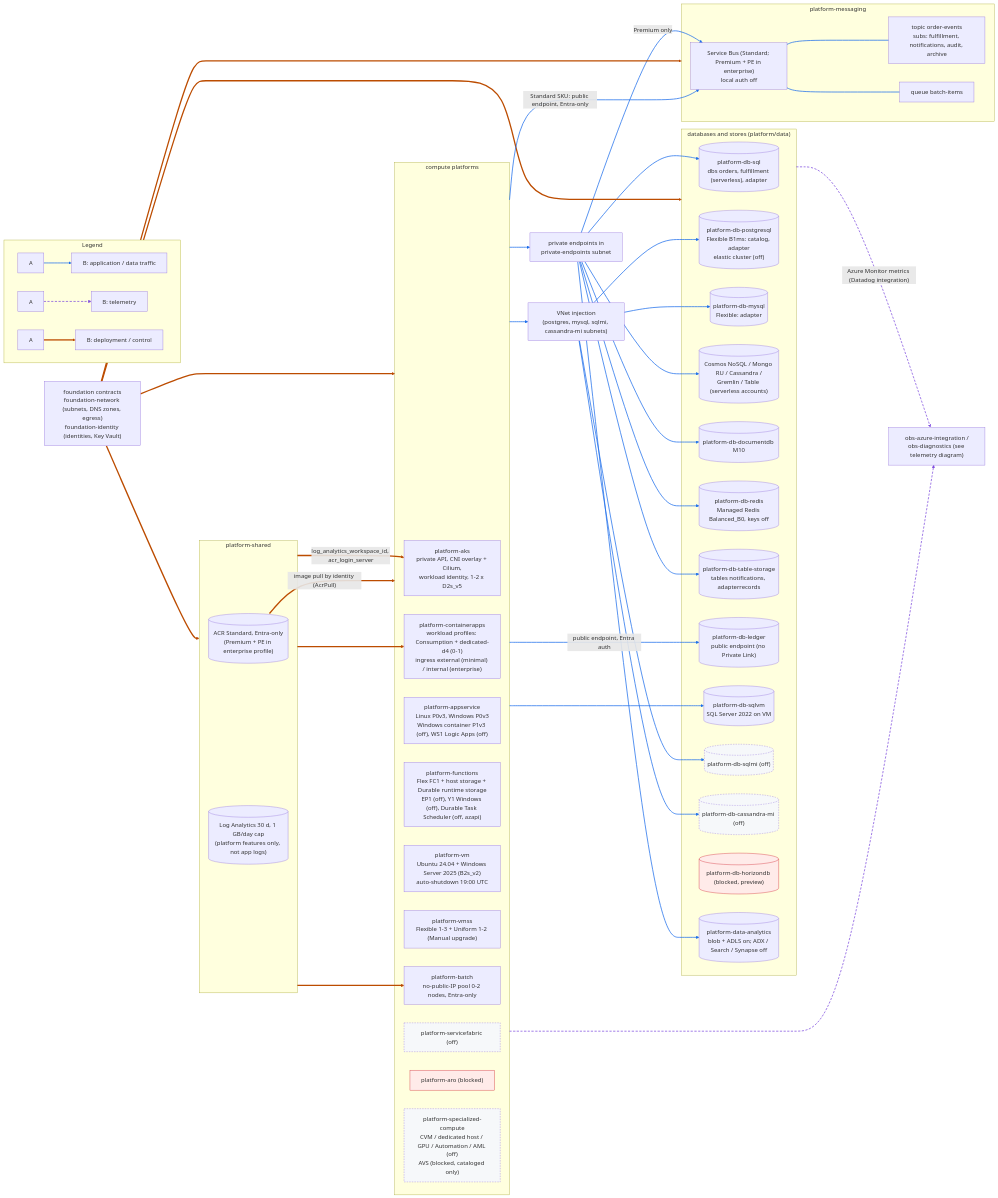
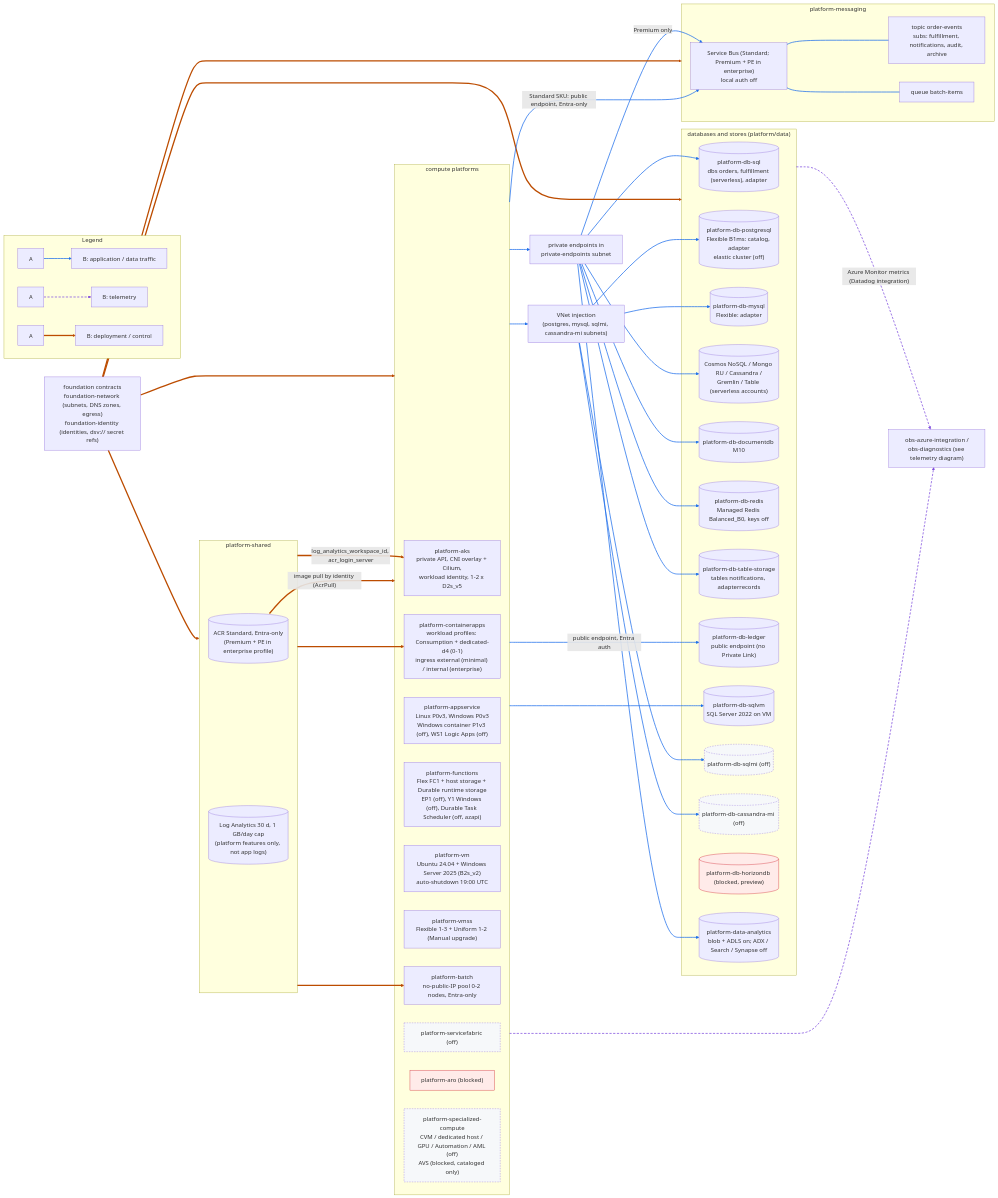
The diagram in docs/diagrams/src/02-platform.mmd (droderiquesit/enterprise-architecture), drawn with Mermaid before and after one commit. The commit also changed 393 other files, not shown here.

First line of the commit message:
DSV migration (foundation, secrets tooling, pipelines, platform): identity contract v2, foundation-secrets desired state + dsv_apply, fetch/check/publish tools, pipeline wiring, lint rules

```diff
--- a/docs/diagrams/src/02-platform.mmd
+++ b/docs/diagrams/src/02-platform.mmd
@@ -1,100 +1,100 @@
 %% Platform layer: compute platforms, databases, storage and messaging (one Terraform root per box group).
 %% Defaults per root README; "off" = implemented but disabled by default, "blocked" = prerequisites missing.
 %% Sources: platform/README.md, platform/*/README.md, platform/data/README.md, catalog/architecture-matrix.yaml.
 flowchart LR
   subgraph LEGEND["Legend"]
     direction LR
     lg1["A"] la@--> lg2["B: application / data traffic"]
     lg3["A"] lt@-.-> lg4["B: telemetry"]
     lg5["A"] lc@==> lg6["B: deployment / control"]
   end
 
-  FND["foundation contracts<br/>foundation-network (subnets, DNS zones, egress)<br/>foundation-identity (identities, Key Vault)"]
+  FND["foundation contracts<br/>foundation-network (subnets, DNS zones, egress)<br/>foundation-identity (identities, dsv:// secret refs)"]
 
   subgraph SHARED["platform-shared"]
     ACR[("ACR Standard, Entra-only<br/>(Premium + PE in enterprise profile)")]
     LAW[("Log Analytics 30 d, 1 GB/day cap<br/>(platform features only, not app logs)")]
   end
 
   subgraph MSG["platform-messaging"]
     SB["Service Bus (Standard; Premium + PE in enterprise)<br/>local auth off"]
     TOPIC["topic order-events<br/>subs: fulfillment, notifications, audit, archive"]
     QUEUE["queue batch-items"]
   end
 
   subgraph COMPUTE["compute platforms"]
     AKS["platform-aks<br/>private API, CNI overlay + Cilium,<br/>workload identity, 1-2 x D2s_v5"]
     ACA["platform-containerapps<br/>workload profiles: Consumption + dedicated-d4 (0-1)<br/>ingress external (minimal) / internal (enterprise)"]
     APPSVC["platform-appservice<br/>Linux P0v3, Windows P0v3<br/>Windows container P1v3 (off), WS1 Logic Apps (off)"]
     FUNC["platform-functions<br/>Flex FC1 + host storage + Durable runtime storage<br/>EP1 (off), Y1 Windows (off), Durable Task Scheduler (off, azapi)"]
     VM["platform-vm<br/>Ubuntu 24.04 + Windows Server 2025 (B2s_v2)<br/>auto-shutdown 19:00 UTC"]
     VMSS["platform-vmss<br/>Flexible 1-3 + Uniform 1-2 (Manual upgrade)"]
     BATCH["platform-batch<br/>no-public-IP pool 0-2 nodes, Entra-only"]
     SF["platform-servicefabric (off)"]
     ARO["platform-aro (blocked)"]
     SPEC["platform-specialized-compute<br/>CVM / dedicated host / GPU / Automation / AML (off)<br/>AVS (blocked, cataloged only)"]
   end
 
   subgraph DATA["databases and stores (platform/data)"]
     SQL[("platform-db-sql<br/>dbs orders, fulfillment (serverless), adapter")]
     PG[("platform-db-postgresql<br/>Flexible B1ms: catalog, adapter<br/>elastic cluster (off)")]
     MY[("platform-db-mysql<br/>Flexible: adapter")]
     COS[("Cosmos NoSQL / Mongo RU / Cassandra /<br/>Gremlin / Table (serverless accounts)")]
     DOC[("platform-db-documentdb M10")]
     REDIS[("platform-db-redis<br/>Managed Redis Balanced_B0, keys off")]
     TBL[("platform-db-table-storage<br/>tables notifications, adapterrecords")]
     LEDGER[("platform-db-ledger<br/>public endpoint (no Private Link)")]
     SQLVM[("platform-db-sqlvm<br/>SQL Server 2022 on VM")]
     SQLMI[("platform-db-sqlmi (off)")]
     CASMI[("platform-db-cassandra-mi (off)")]
     HDB[("platform-db-horizondb (blocked, preview)")]
     ANA[("platform-data-analytics<br/>blob + ADLS on; ADX / Search / Synapse off")]
   end
 
   PE["private endpoints in<br/>private-endpoints subnet"]
   VNETINJ["VNet injection<br/>(postgres, mysql, sqlmi, cassandra-mi subnets)"]
 
   %% control
   FND c1@==> SHARED
   FND c2@==> MSG
   FND c3@==> COMPUTE
   FND c4@==> DATA
   SHARED c5@==>|"log_analytics_workspace_id, acr_login_server"| AKS
   SHARED c6@==> ACA
   SHARED c7@==> BATCH
   ACR c8@==>|"image pull by identity (AcrPull)"| COMPUTE
 
   %% data paths (workloads deployed later by applications/ roots)
   COMPUTE a1@--> PE
   COMPUTE a2@--> VNETINJ
   PE a3@--> SQL
   PE a4@--> COS
   PE a5@--> DOC
   PE a6@--> REDIS
   PE a7@--> TBL
   PE a8@--> ANA
   PE a9@-->|"Premium only"| SB
   VNETINJ a10@--> PG
   VNETINJ a11@--> MY
   VNETINJ a12@--> SQLMI
   VNETINJ a13@--> CASMI
   COMPUTE a14@-->|"public endpoint, Entra auth"| LEDGER
   COMPUTE a15@-->|"Standard SKU: public endpoint, Entra-only"| SB
   SB a16@--- TOPIC
   SB a17@--- QUEUE
   COMPUTE a18@--> SQLVM
 
   %% telemetry: platform roots create no diagnostic settings (owned by obs-diagnostics)
   DATA t1@-.->|"Azure Monitor metrics (Datadog integration)"| DDI["obs-azure-integration /<br/>obs-diagnostics (see telemetry diagram)"]
   COMPUTE t2@-.-> DDI
 
   classDef app stroke:#1f6feb,stroke-width:2px
   classDef tel stroke:#8250df,stroke-width:2px,stroke-dasharray:6 4
   classDef ctl stroke:#bc4c00,stroke-width:3.5px
   class la,a1,a2,a3,a4,a5,a6,a7,a8,a9,a10,a11,a12,a13,a14,a15,a16,a17,a18 app
   class lt,t1,t2 tel
   class lc,c1,c2,c3,c4,c5,c6,c7,c8 ctl
   classDef off fill:#f6f8fa,stroke-dasharray:4 3
   classDef blocked fill:#ffebe9,stroke:#cf222e
   class SF,SPEC,SQLMI,CASMI off
   class ARO,HDB blocked
```
